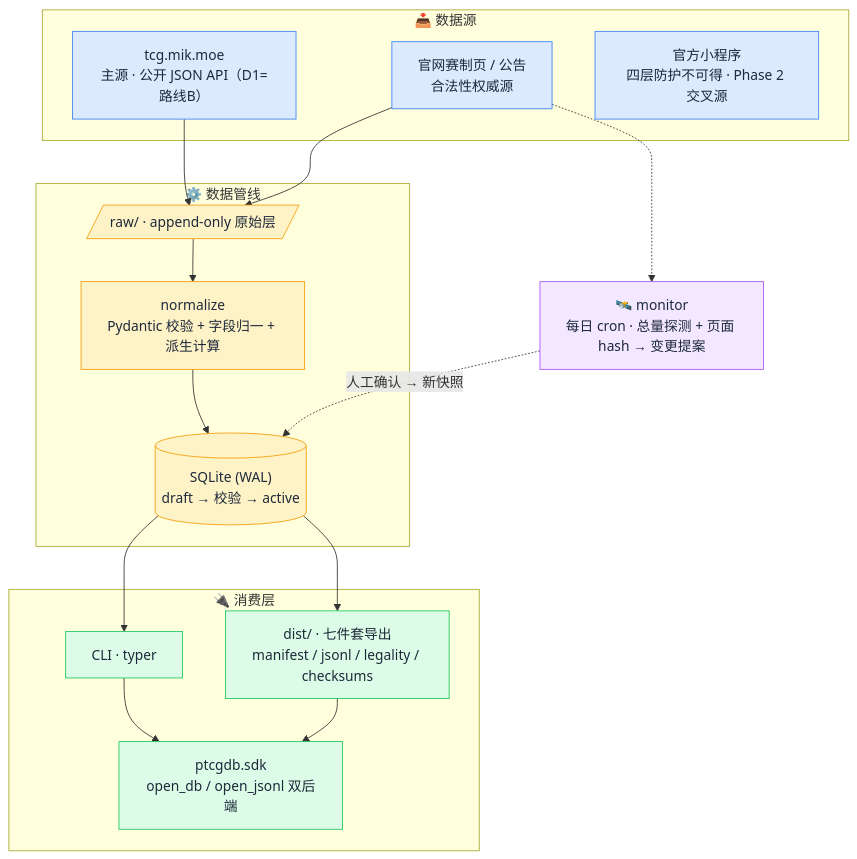
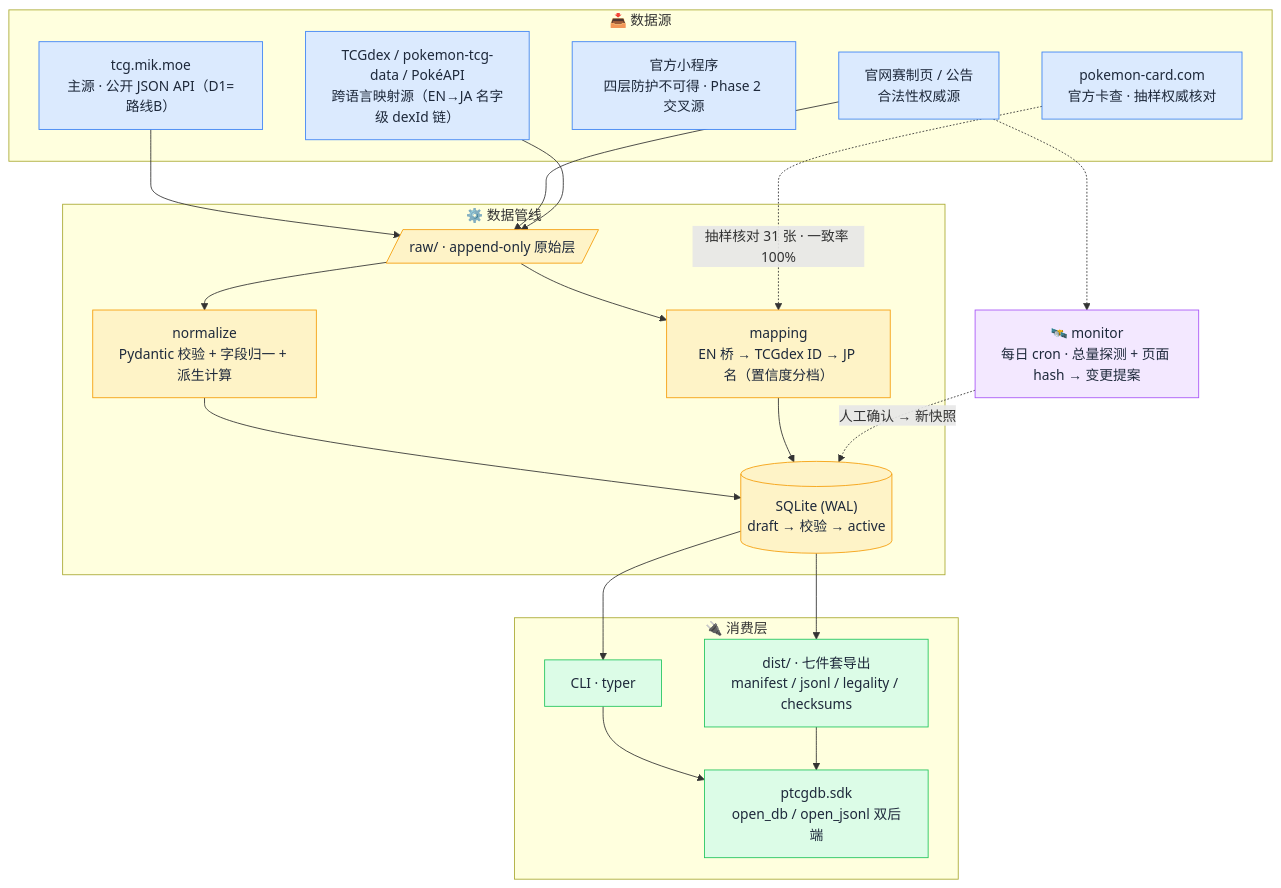
One commit to Bingtuu/Pokearena changed the diagram in README.md. Above: the diagram before and after it, drawn with Mermaid. The commit also changed other lines of this file, not shown here.

Commit message:
docs: README 同步 M6 现状——三语卡名映射亮点/数据源(TCGdex/ptcd/PokéAPI/官方卡查)入架构图/map-* CLI/PRD v1.6/Roadmap Phase2 进展

````diff
--- a/README.md
+++ b/README.md
@@ -62,41 +64,47 @@
 ```mermaid
 flowchart TB
     subgraph SRC["📥 数据源"]
         A["tcg.mik.moe<br/>主源 · 公开 JSON API（D1=路线B）"]
         B["官网赛制页 / 公告<br/>合法性权威源"]
         C["官方小程序<br/>四层防护不可得 · Phase 2 交叉源"]
+        D["TCGdex / pokemon-tcg-data / PokéAPI<br/>跨语言映射源（EN→JA 名字级 dexId 链）"]
+        E["pokemon-card.com<br/>官方卡查 · 抽样权威核对"]
     end
 
     subgraph PIPE["⚙️ 数据管线"]
         RAW[/"raw/ · append-only 原始层"/]
         NORM["normalize<br/>Pydantic 校验 + 字段归一 + 派生计算"]
+        MAP["mapping<br/>EN 桥 → TCGdex ID → JP 名（置信度分档）"]
         DB[("SQLite (WAL)<br/>draft → 校验 → active")]
     end
 
     subgraph OUT["🔌 消费层"]
         CLI["CLI · typer"]
         DIST["dist/ · 七件套导出<br/>manifest / jsonl / legality / checksums"]
         SDK["ptcgdb.sdk<br/>open_db / open_jsonl 双后端"]
     end
 
     MON["🛰️ monitor<br/>每日 cron · 总量探测 + 页面 hash → 变更提案"]
 
     A --> RAW
     B --> RAW
+    D --> RAW
     RAW --> NORM --> DB
+    RAW --> MAP --> DB
+    E -.->|抽样核对 31 张 · 一致率 100%| MAP
     DB --> CLI
     DB --> DIST
     CLI --> SDK
     DIST --> SDK
     B -.-> MON
     MON -.->|人工确认 → 新快照| DB
 
     classDef source fill:#dbeafe,stroke:#3b82f6,color:#1e293b;
     classDef pipe fill:#fef3c7,stroke:#f59e0b,color:#1e293b;
     classDef out fill:#dcfce7,stroke:#22c55e,color:#1e293b;
     classDef mon fill:#f3e8ff,stroke:#a855f7,color:#1e293b;
-    class A,B,C source;
-    class RAW,NORM,DB pipe;
+    class A,B,C,D,E source;
+    class RAW,NORM,MAP,DB pipe;
     class CLI,DIST,SDK out;
     class MON mon;
 ```
````
